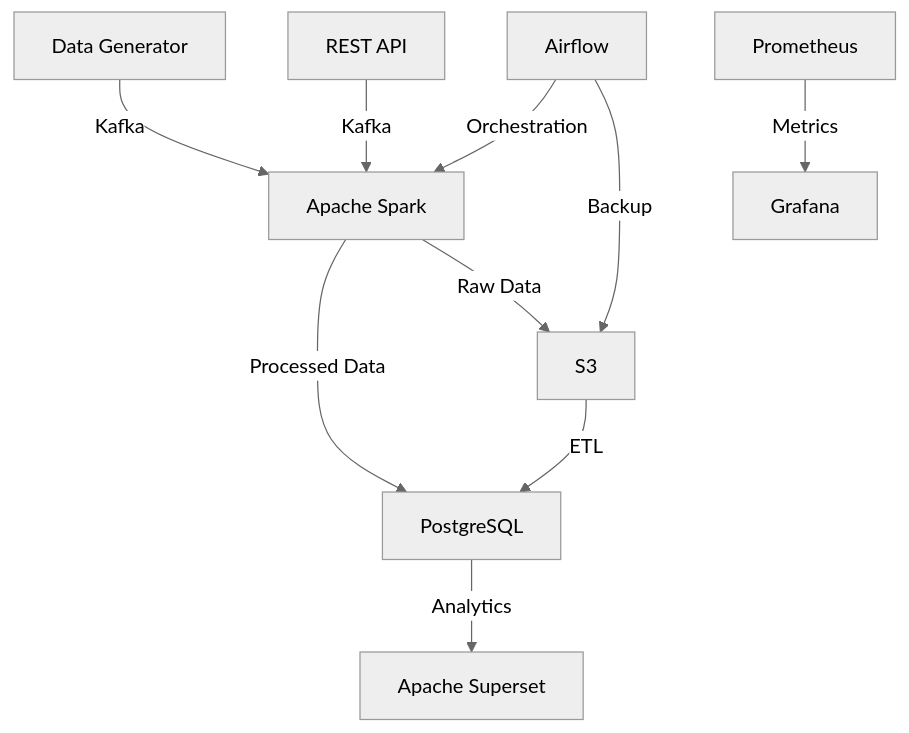
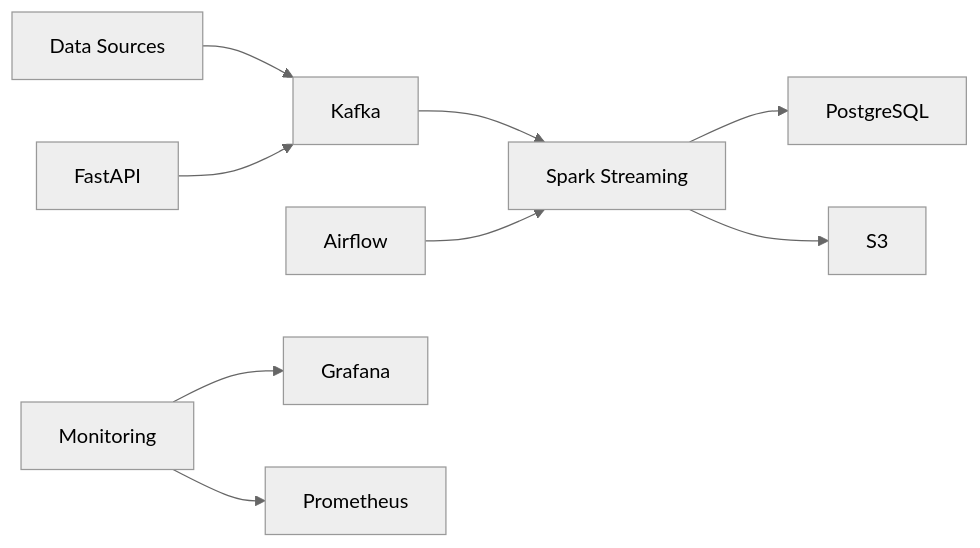
Before and after one commit to sanjaydp/realtime-retail-data-pipeline: the diagram in README.md, drawn with Mermaid (neutral theme). The commit also changed other lines of this file and 10 other files, not shown here.

````diff
--- a/README.md
+++ b/README.md
@@ -7,12 +7,11 @@
 ```mermaid
-graph TD
-    A[Data Generator] -->|Kafka| B[Apache Spark]
-    C[REST API] -->|Kafka| B
-    B -->|Processed Data| D[PostgreSQL]
-    B -->|Raw Data| E[S3]
-    D -->|Analytics| F[Apache Superset]
-    E -->|ETL| D
-    G[Airflow] -->|Orchestration| B
-    G -->|Backup| E
-    H[Prometheus] -->|Metrics| I[Grafana]
+graph LR
+    A[Data Sources] --> B[Kafka]
+    B --> C[Spark Streaming]
+    C --> D[PostgreSQL]
+    C --> E[S3]
+    F[FastAPI] --> B
+    G[Airflow] --> C
+    H[Monitoring] --> I[Grafana]
+    H --> J[Prometheus]
 ```
````
